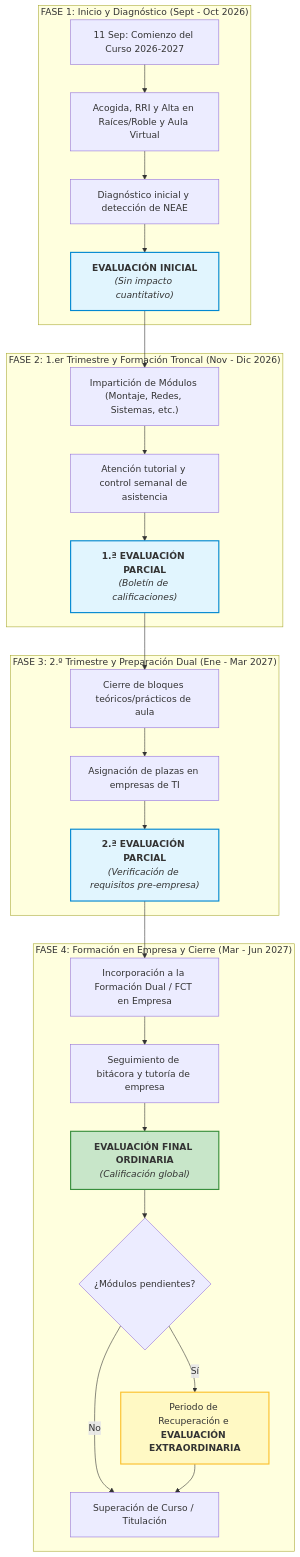
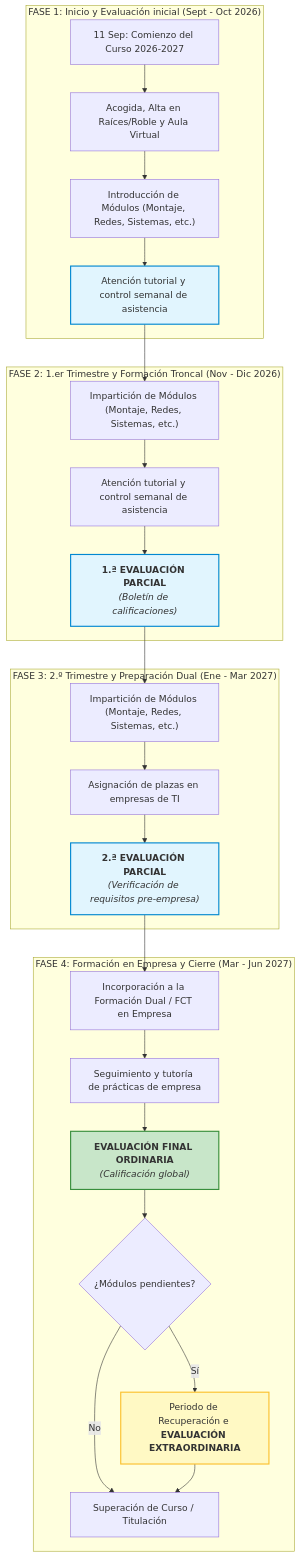
One commit to ezellabor/Inicio-de-curso changed the second of 2 diagrams in Itinerario_Formativo_Evaluaciones_SMR_2026_2027.md. Above: the diagram before and after it, drawn with Mermaid.

Commit message:
Update evaluation phases in course itinerary

````diff
--- a/Itinerario_Formativo_Evaluaciones_SMR_2026_2027.md
+++ b/Itinerario_Formativo_Evaluaciones_SMR_2026_2027.md
@@ -42,36 +42,36 @@
 ```mermaid
 flowchart TD
-    subgraph F1["FASE 1: Inicio y Diagnóstico (Sept - Oct 2026)"]
-        A["11 Sep: Comienzo del Curso 2026-2027"] --> B["Acogida, RRI y Alta en Raíces/Roble y Aula Virtual"]
-        B --> C["Diagnóstico inicial y detección de NEAE"]
-        C --> D["<b>EVALUACIÓN INICIAL</b><br/><i>(Sin impacto cuantitativo)</i>"]
+    subgraph F1["FASE 1: Inicio y Evaluación inicial (Sept - Oct 2026)"]
+        A["11 Sep: Comienzo del Curso 2026-2027"] --> B["Acogida, Alta en Raíces/Roble y Aula Virtual"]
+        B --> C["Introducción de Módulos (Montaje, Redes, Sistemas, etc.)"]
+        C --> D["Atención tutorial y control semanal de asistencia"]
     end
 
     subgraph F2["FASE 2: 1.er Trimestre y Formación Troncal (Nov - Dic 2026)"]
         D --> E["Impartición de Módulos (Montaje, Redes, Sistemas, etc.)"]
         E --> F["Atención tutorial y control semanal de asistencia"]
         F --> G["<b>1.ª EVALUACIÓN PARCIAL</b><br/><i>(Boletín de calificaciones)</i>"]
     end
 
     subgraph F3["FASE 3: 2.º Trimestre y Preparación Dual (Ene - Mar 2027)"]
-        G --> H["Cierre de bloques teóricos/prácticos de aula"]
+        G --> H["Impartición de Módulos (Montaje, Redes, Sistemas, etc.)"]
         H --> I["Asignación de plazas en empresas de TI"]
         I --> J["<b>2.ª EVALUACIÓN PARCIAL</b><br/><i>(Verificación de requisitos pre-empresa)</i>"]
     end
 
     subgraph F4["FASE 4: Formación en Empresa y Cierre (Mar - Jun 2027)"]
         J --> K["Incorporación a la Formación Dual / FCT en Empresa"]
-        K --> L["Seguimiento de bitácora y tutoría de empresa"]
+        K --> L["Seguimiento y tutoría de prácticas de empresa"]
         L --> M["<b>EVALUACIÓN FINAL ORDINARIA</b><br/><i>(Calificación global)</i>"]
         M --> N{"¿Módulos pendientes?"}
         N -- Sí --> O["Periodo de Recuperación e <b>EVALUACIÓN EXTRAORDINARIA</b>"]
         N -- No --> P["Superación de Curso / Titulación"]
         O --> P
     end
 
     style D fill:#e1f5fe,stroke:#0288d1,stroke-width:2px
     style G fill:#e1f5fe,stroke:#0288d1,stroke-width:2px
     style J fill:#e1f5fe,stroke:#0288d1,stroke-width:2px
     style M fill:#c8e6c9,stroke:#388e3c,stroke-width:2px
     style O fill:#fff9c4,stroke:#fbc02d,stroke-width:2px
 ```
````
